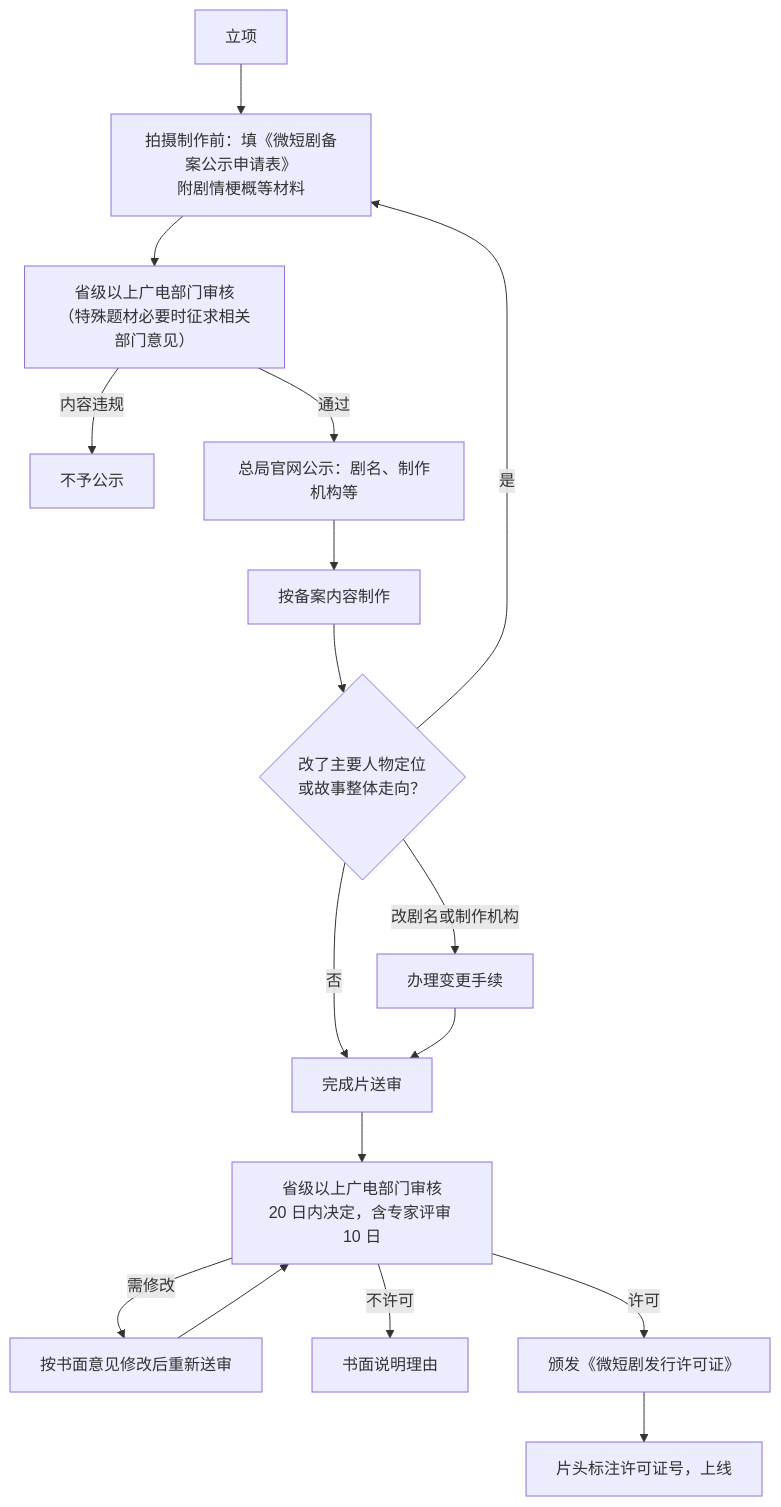
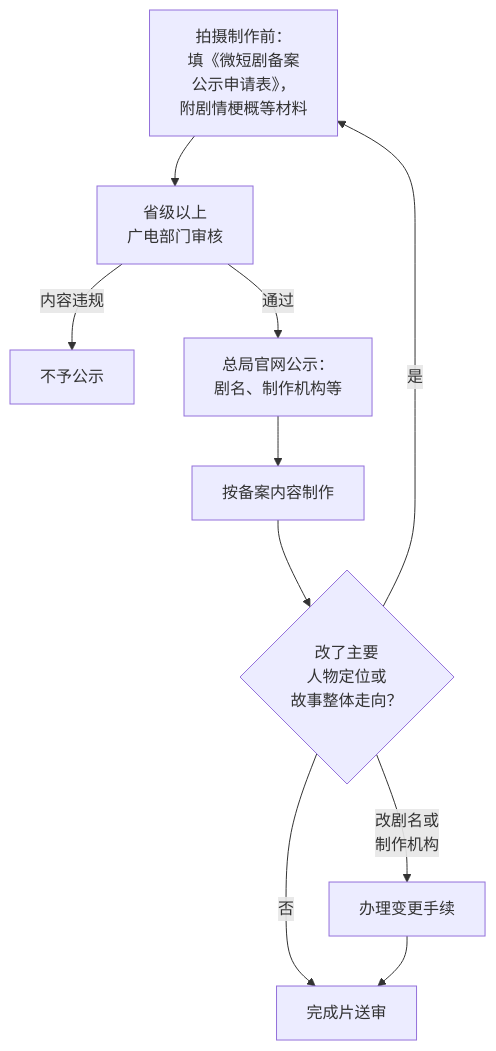
Before and after one commit to jarvis-pro/hatch-shelf: the third of 5 diagrams in books/drama-distribution/03-filing-review.md, drawn with Mermaid. The commit also changed other lines of this file and 432 other files, not shown here.

````diff
--- a/books/drama-distribution/03-filing-review.md
+++ b/books/drama-distribution/03-filing-review.md
@@ -73,19 +91,12 @@
 ```mermaid
 flowchart TD
-  A["立项"] --> B["拍摄制作前：填《微短剧备案公示申请表》<br/>附剧情梗概等材料"]
-  B --> C["省级以上广电部门审核<br/>（特殊题材必要时征求相关部门意见）"]
+  B["拍摄制作前：<br/>填《微短剧备案<br/>公示申请表》，<br/>附剧情梗概等材料"] --> C["省级以上<br/>广电部门审核"]
   C -- "内容违规" --> D["不予公示"]
-  C -- "通过" --> E["总局官网公示：剧名、制作机构等"]
+  C -- "通过" --> E["总局官网公示：<br/>剧名、制作机构等"]
   E --> F["按备案内容制作"]
-  F --> G{"改了主要人物定位<br/>或故事整体走向？"}
+  F --> G{"改了主要<br/>人物定位或<br/>故事整体走向？"}
   G -- "是" --> B
-  G -- "改剧名或制作机构" --> H["办理变更手续"]
+  G -- "改剧名或<br/>制作机构" --> H["办理变更手续"]
   G -- "否" --> I["完成片送审"]
   H --> I
-  I --> J["省级以上广电部门审核<br/>20 日内决定，含专家评审 10 日"]
-  J -- "需修改" --> K["按书面意见修改后重新送审"]
-  K --> J
-  J -- "不许可" --> L["书面说明理由"]
-  J -- "许可" --> M["颁发《微短剧发行许可证》"]
-  M --> N["片头标注许可证号，上线"]
 ```
````
